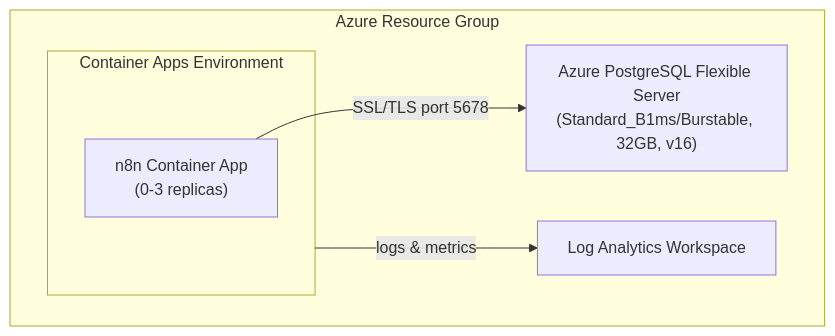
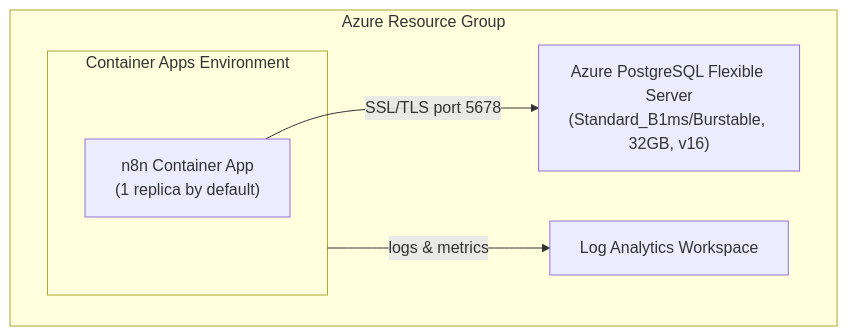
One commit to DanWahlin/agentic-journeys changed the diagram in .github/skills/n8n-azure/SKILL.md. Above: the diagram before and after it, drawn with Mermaid. The commit also changed other lines of this file and 12 other files, not shown here.

````diff
--- a/.github/skills/n8n-azure/SKILL.md
+++ b/.github/skills/n8n-azure/SKILL.md
@@ -78,13 +78,13 @@
 ```mermaid
 graph TB
     subgraph RG["Azure Resource Group"]
         subgraph CAE["Container Apps Environment"]
-            N8N["n8n Container App<br/>(0-3 replicas)"]
+            N8N["n8n Container App<br/>(1 replica by default)"]
         end
         LA["Log Analytics Workspace"]
         PG["Azure PostgreSQL Flexible Server<br/>(Standard_B1ms/Burstable, 32GB, v16)"]
     end
 
     CAE -->|logs & metrics| LA
     N8N -->|SSL/TLS port 5678| PG
 ```
````
